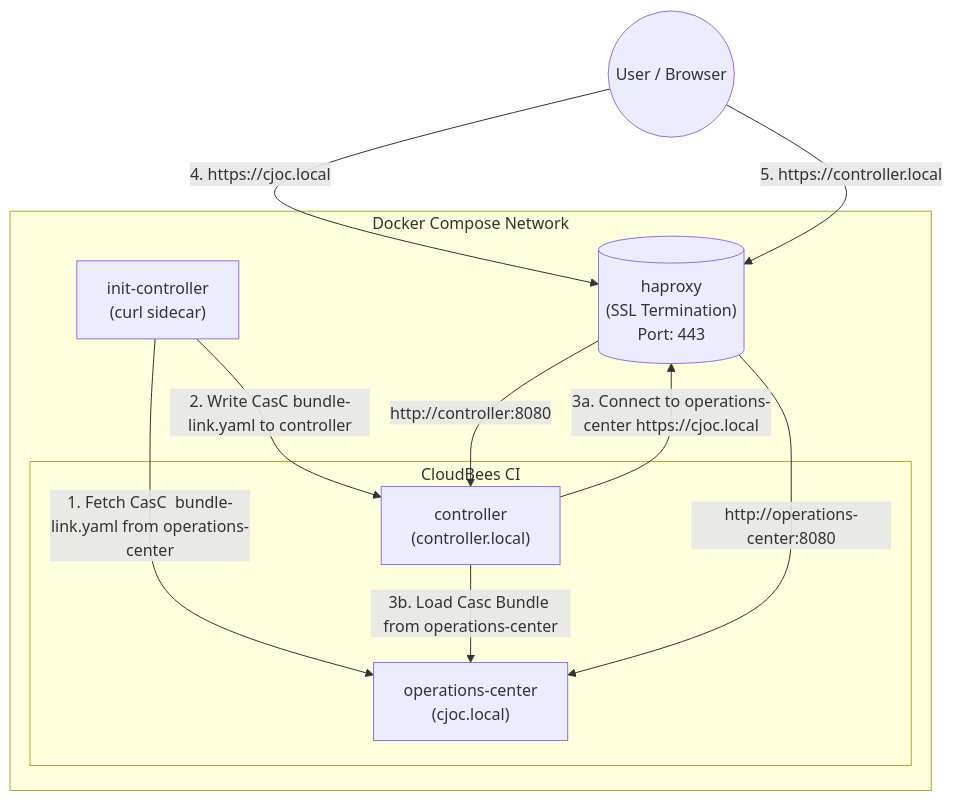
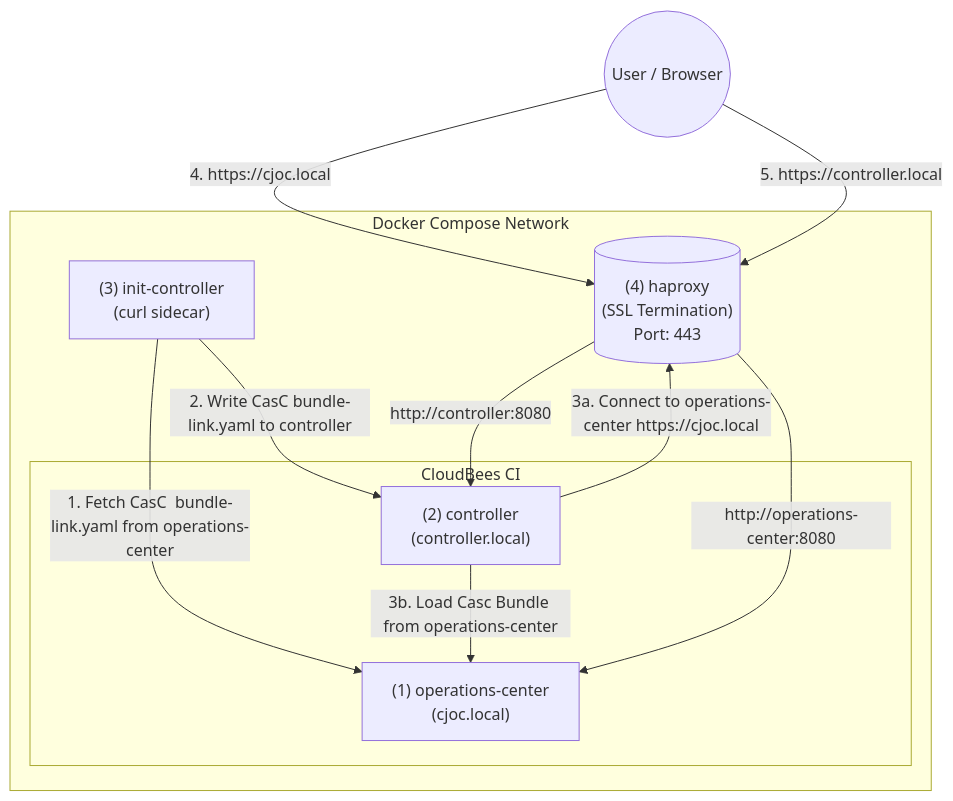
One commit to cb-ci/ci-traditional changed the first of 2 diagrams in README.md. Above: the diagram before and after it, drawn with Mermaid.

Commit message:
feat: Introduce CASC configuration for a controller to address Operations Center connection issues and remove hardcoded token from connection script.

````diff
--- a/README.md
+++ b/README.md
@@ -23,27 +23,27 @@
 ```mermaid
 graph TD
     User((User / Browser))
     subgraph "Docker Compose Network"
-        HAProxy[("haproxy
+        HAProxy[("(4) haproxy
         (SSL Termination)
         Port: 443")]
         
         subgraph "CloudBees CI"
-            CJOC["operations-center
+            CJOC["(1) operations-center
             (cjoc.local)"]
-            Controller["controller
+            Controller["(2) controller
             (controller.local)"]
         end
         
-        Init["init-controller
+        Init["(3) init-controller
         (curl sidecar)"]       
     end    
     
     Init -- "1. Fetch CasC  bundle-link.yaml from operations-center" --> CJOC
     Init -- "2. Write CasC bundle-link.yaml to controller" --> Controller
     Controller -- "3a. Connect to operations-center https://cjoc.local" --> HAProxy
     Controller -- "3b. Load Casc Bundle from operations-center" --> CJOC
 
     User -- "4. https://cjoc.local" --> HAProxy -- "http://operations-center:8080" --> CJOC
     User -- "5. https://controller.local" --> HAProxy -- "http://controller:8080" --> Controller
 ```
````
